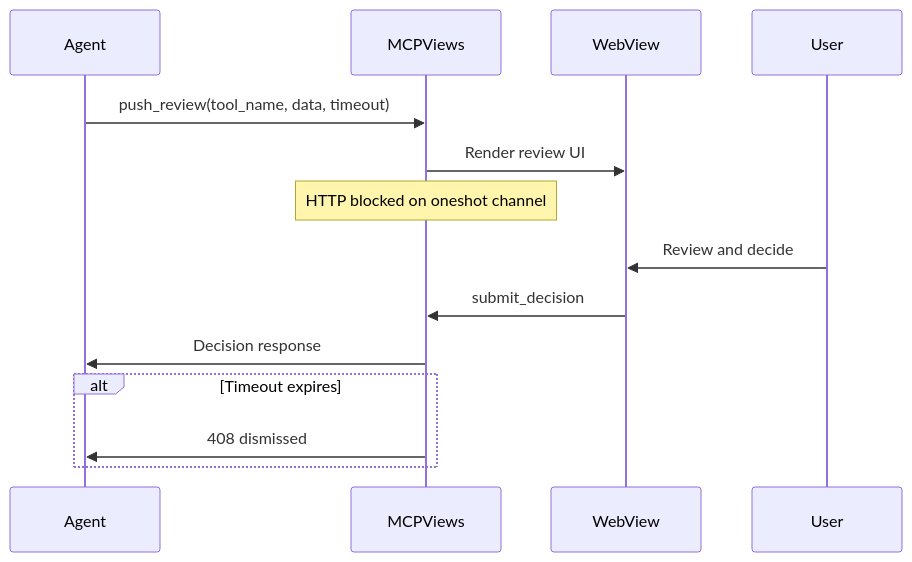
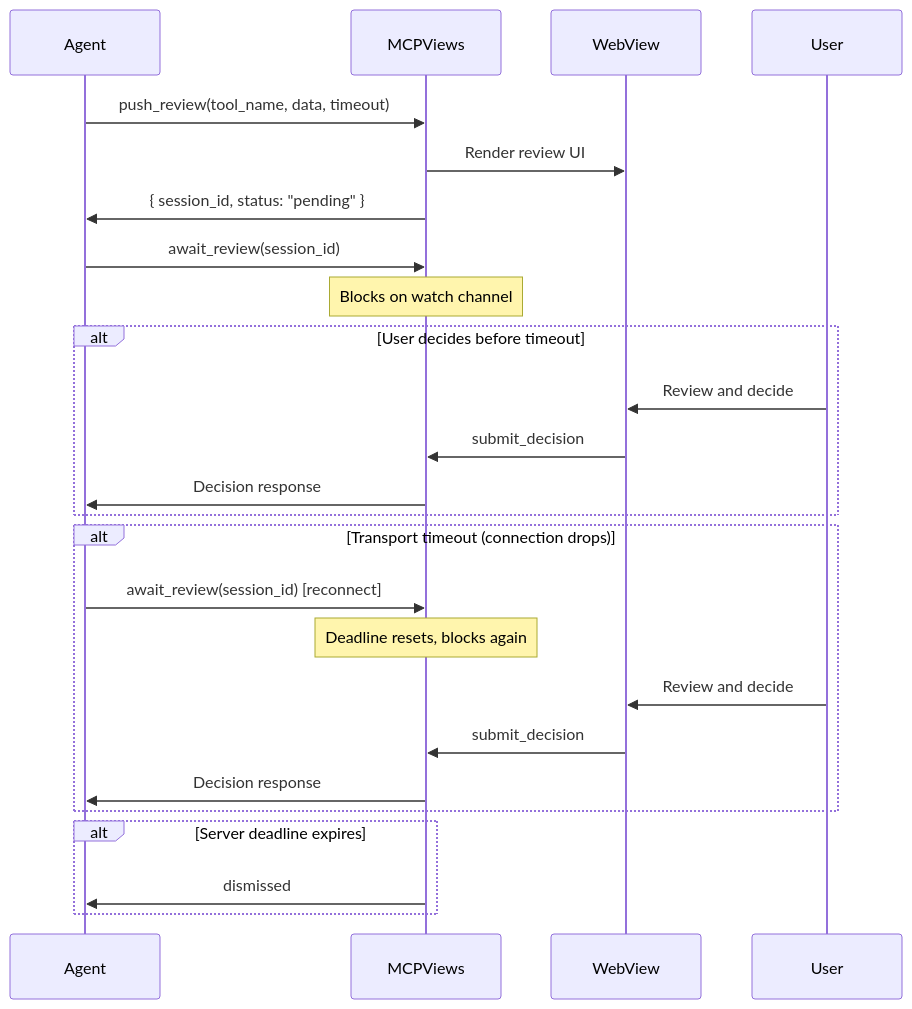
One commit to DeeJanuz/mcp-mux changed the first of 2 diagrams in docs/api-reference.md. Above: the diagram before and after it, drawn with Mermaid. The commit also changed other lines of this file and 9 other files, not shown here.

First line of the commit message:
feat: non-blocking push_review with reconnectable await_review

````diff
--- a/docs/api-reference.md
+++ b/docs/api-reference.md
@@ -521,18 +545,31 @@
 ```mermaid
 sequenceDiagram
     participant Agent as Agent
     participant MV as MCPViews
     participant WebView as WebView
     participant User as User
 
     Agent->>MV: push_review(tool_name, data, timeout)
     MV->>WebView: Render review UI
-    Note over MV: HTTP blocked on oneshot channel
-    User->>WebView: Review and decide
-    WebView->>MV: submit_decision
-    MV->>Agent: Decision response
+    MV->>Agent: { session_id, status: "pending" }
+    Agent->>MV: await_review(session_id)
+    Note over MV: Blocks on watch channel
 
-    alt Timeout expires
-        MV->>Agent: 408 dismissed
+    alt User decides before timeout
+        User->>WebView: Review and decide
+        WebView->>MV: submit_decision
+        MV->>Agent: Decision response
+    end
+
+    alt Transport timeout (connection drops)
+        Agent->>MV: await_review(session_id) [reconnect]
+        Note over MV: Deadline resets, blocks again
+        User->>WebView: Review and decide
+        WebView->>MV: submit_decision
+        MV->>Agent: Decision response
+    end
+
+    alt Server deadline expires
+        MV->>Agent: dismissed
     end
 ```
````
